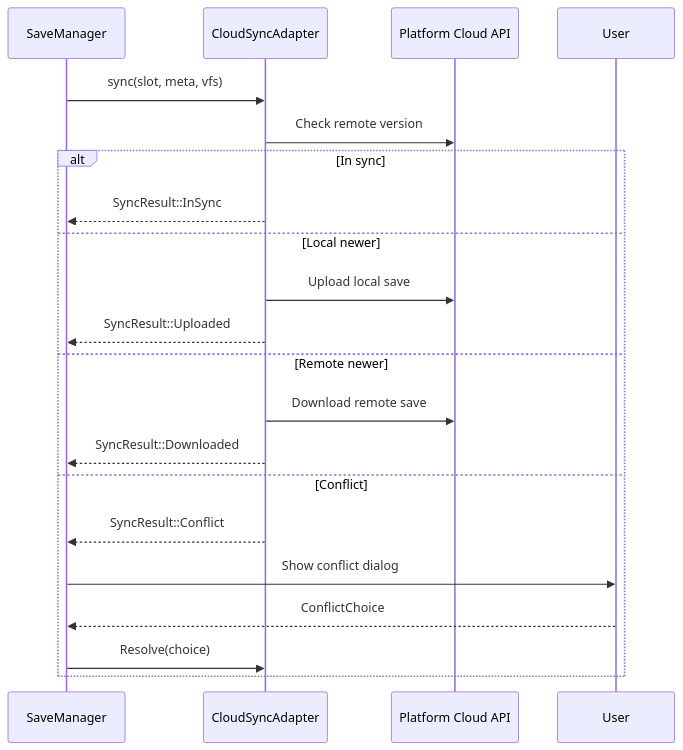
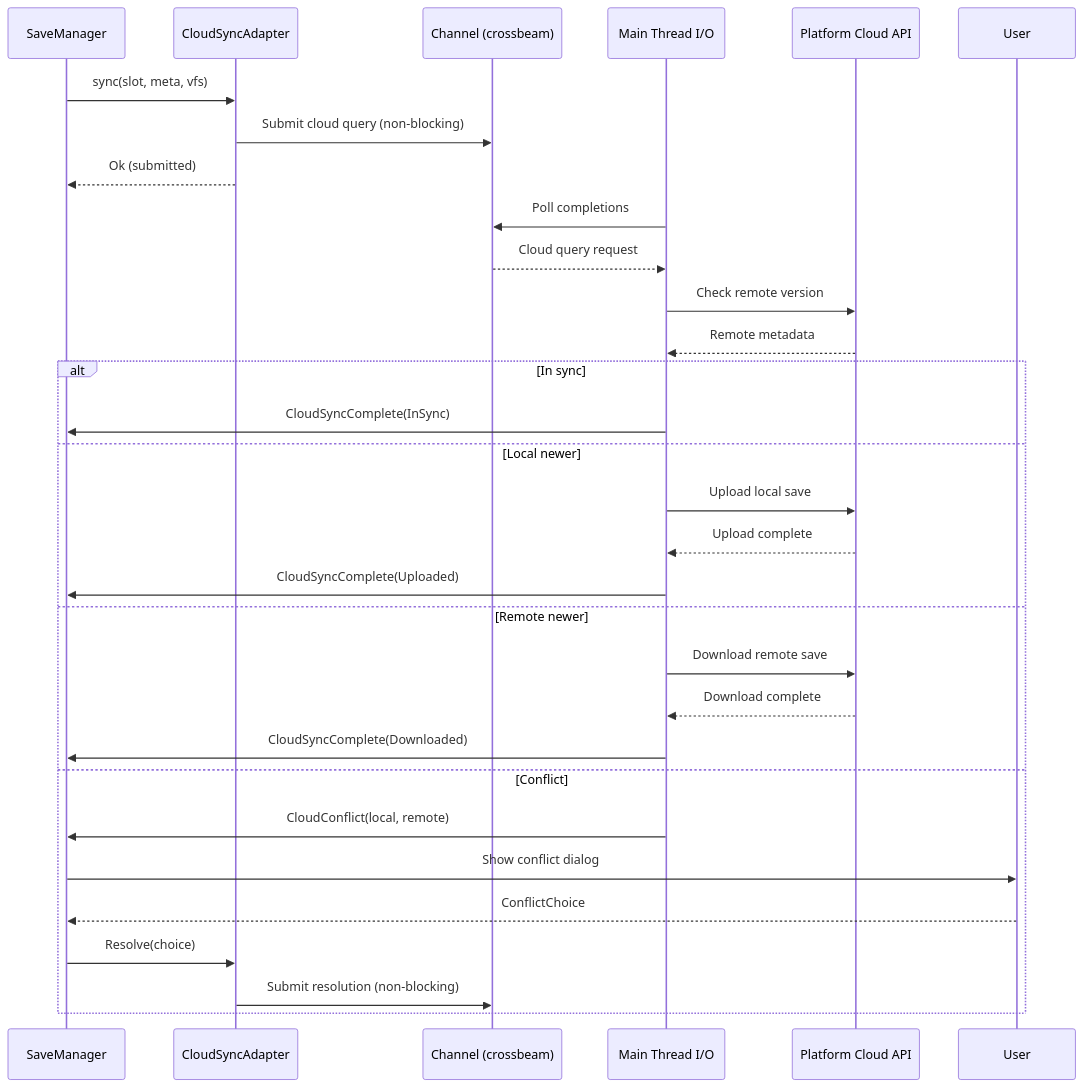
The second of 2 diagrams in docs/design/integration/networking-save-system.md (harmonius-dev/harmonius), drawn with Mermaid before and after one commit. The commit also changed other lines of this file and 57 other files, not shown here.

````diff
--- a/docs/design/integration/networking-save-system.md
+++ b/docs/design/integration/networking-save-system.md
@@ -113,24 +164,36 @@
 ```mermaid
 sequenceDiagram
     participant SM as SaveManager
     participant CS as CloudSyncAdapter
+    participant CH as Channel (crossbeam)
+    participant MT as Main Thread I/O
     participant API as Platform Cloud API
     participant UI as User
 
     SM->>CS: sync(slot, meta, vfs)
-    CS->>API: Check remote version
+    CS->>CH: Submit cloud query (non-blocking)
+    CS-->>SM: Ok (submitted)
+
+    MT->>CH: Poll completions
+    CH-->>MT: Cloud query request
+    MT->>API: Check remote version
+    API-->>MT: Remote metadata
+
     alt In sync
-        CS-->>SM: SyncResult::InSync
+        MT->>SM: CloudSyncComplete(InSync)
     else Local newer
-        CS->>API: Upload local save
-        CS-->>SM: SyncResult::Uploaded
+        MT->>API: Upload local save
+        API-->>MT: Upload complete
+        MT->>SM: CloudSyncComplete(Uploaded)
     else Remote newer
-        CS->>API: Download remote save
-        CS-->>SM: SyncResult::Downloaded
+        MT->>API: Download remote save
+        API-->>MT: Download complete
+        MT->>SM: CloudSyncComplete(Downloaded)
     else Conflict
-        CS-->>SM: SyncResult::Conflict
+        MT->>SM: CloudConflict(local, remote)
         SM->>UI: Show conflict dialog
         UI-->>SM: ConflictChoice
         SM->>CS: Resolve(choice)
+        CS->>CH: Submit resolution (non-blocking)
     end
 ```
````
